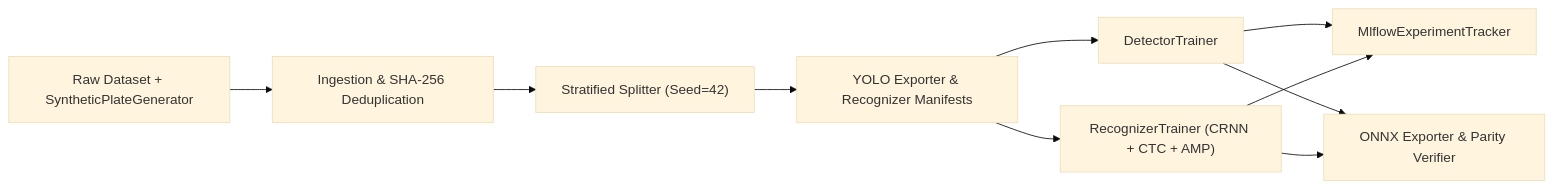
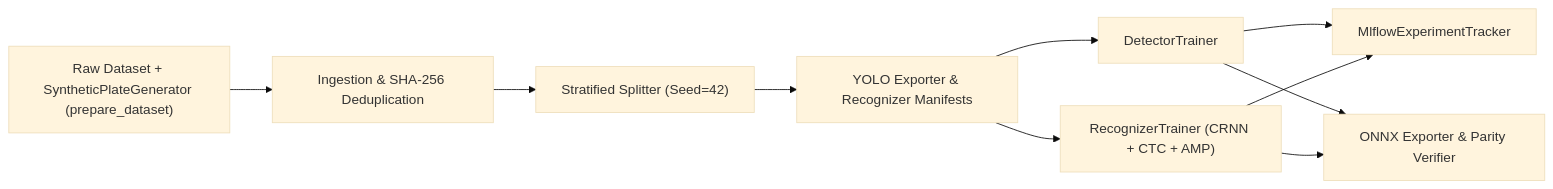
One commit to Bor-Code/Plate-Vision changed the third of 3 diagrams in docs/architecture.md. Above: the diagram before and after it, drawn with Mermaid (base theme). The commit also changed other lines of this file and 3 other files, not shown here.

Commit message:
docs: update architecture, serving endpoints, CLI workflows, and multi-country coverage

````diff
--- a/docs/architecture.md
+++ b/docs/architecture.md
@@ -33,12 +34,12 @@
 ```mermaid
 flowchart LR
-    R["Raw Dataset + SyntheticPlateGenerator"] --> V["Ingestion & SHA-256 Deduplication"]
+    R["Raw Dataset + SyntheticPlateGenerator (prepare_dataset)"] --> V["Ingestion & SHA-256 Deduplication"]
     V --> S["Stratified Splitter (Seed=42)"]
     S --> Y["YOLO Exporter & Recognizer Manifests"]
     Y --> TD["DetectorTrainer"]
     Y --> TR["RecognizerTrainer (CRNN + CTC + AMP)"]
     TD --> M["MlflowExperimentTracker"]
     TR --> M
     TD --> OX["ONNX Exporter & Parity Verifier"]
     TR --> OX
 ```
````
